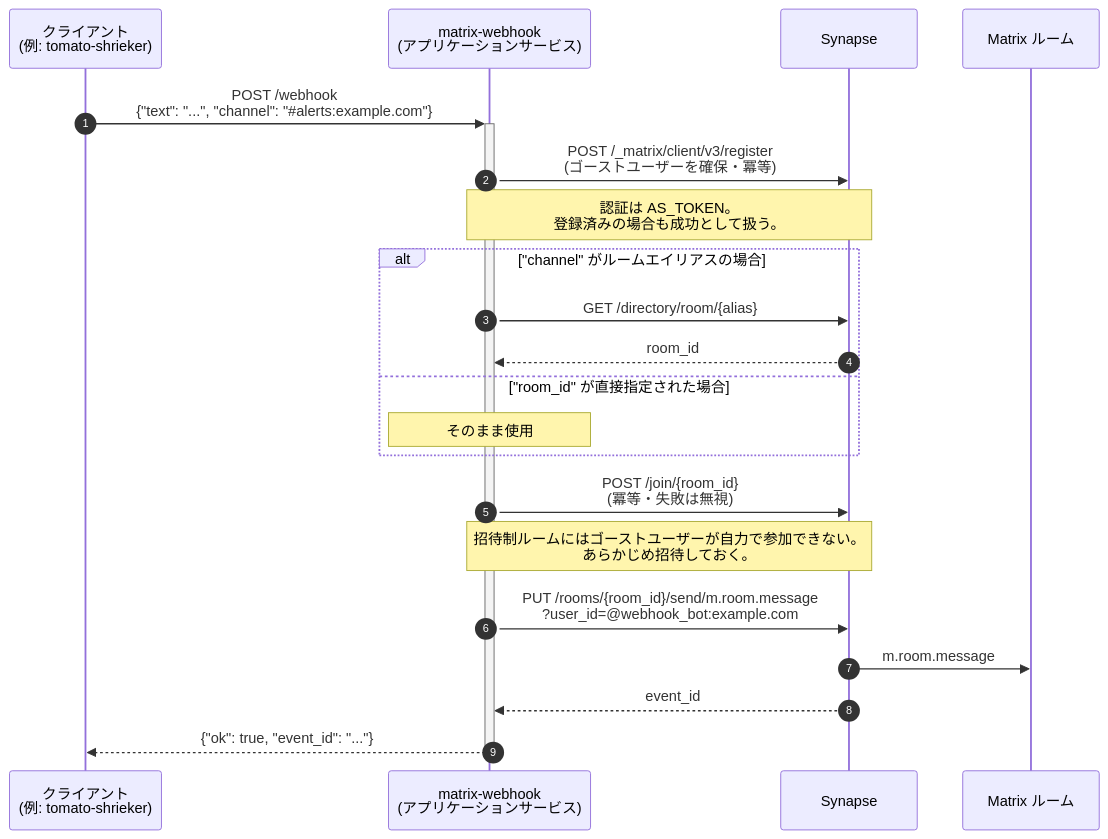
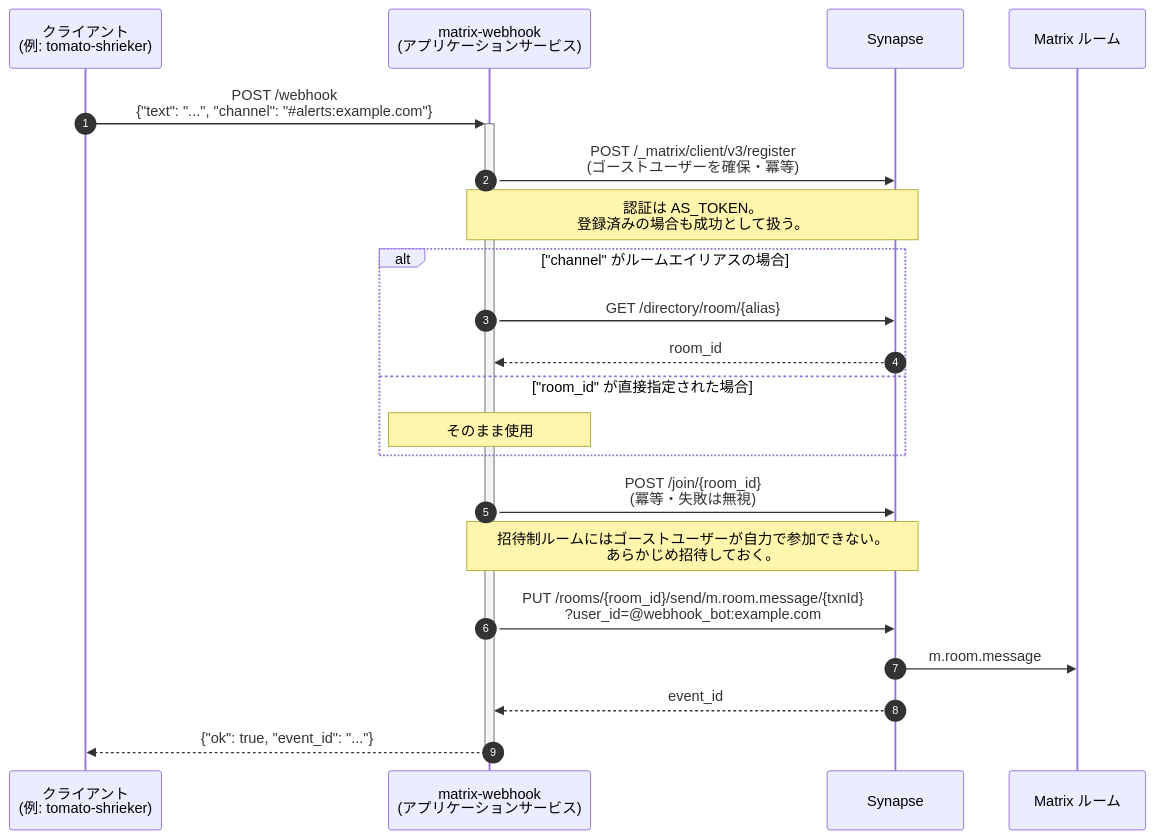
The diagram in README.ja.md (tsunagal/matrix-webhook), drawn with Mermaid before and after one commit. The commit also changed 1 other file, not shown here.

Commit message:
docs: include the transaction ID in the send endpoint
The send step is PUT /rooms/{room_id}/send/m.room.message/{txnId} in
main.py; the diagram omitted the trailing transaction ID.

````diff
--- a/README.ja.md
+++ b/README.ja.md
@@ -11,29 +11,29 @@
 ```mermaid
 sequenceDiagram
     autonumber
     participant C as クライアント<br/>(例: tomato-shrieker)
     participant W as matrix-webhook<br/>(アプリケーションサービス)
     participant S as Synapse
     participant R as Matrix ルーム
 
     C->>+W: POST /webhook<br/>{"text": "...", "channel": "#35;alerts:example.com"}
 
     W->>S: POST /_matrix/client/v3/register<br/>(ゴーストユーザーを確保・冪等)
     Note over W,S: 認証は AS_TOKEN。<br/>登録済みの場合も成功として扱う。
 
     alt "channel" がルームエイリアスの場合
         W->>S: GET /directory/room/{alias}
         S-->>W: room_id
     else "room_id" が直接指定された場合
         Note over W: そのまま使用
     end
 
     W->>S: POST /join/{room_id}<br/>(冪等・失敗は無視)
     Note over W,S: 招待制ルームにはゴーストユーザーが自力で参加できない。<br/>あらかじめ招待しておく。
 
-    W->>S: PUT /rooms/{room_id}/send/m.room.message<br/>?user_id=@webhook_bot:example.com
+    W->>S: PUT /rooms/{room_id}/send/m.room.message/{txnId}<br/>?user_id=@webhook_bot:example.com
     S->>R: m.room.message
     S-->>W: event_id
 
     W-->>-C: {"ok": true, "event_id": "..."}
 ```
````
